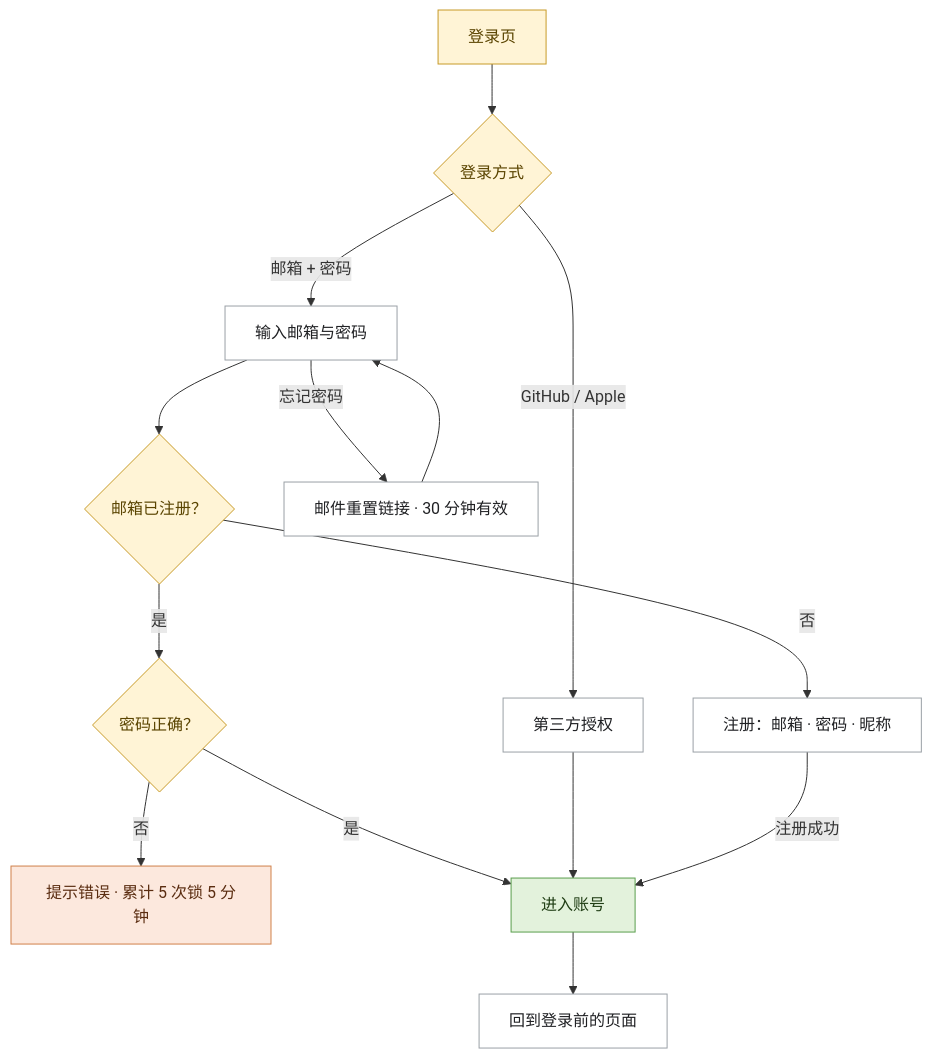
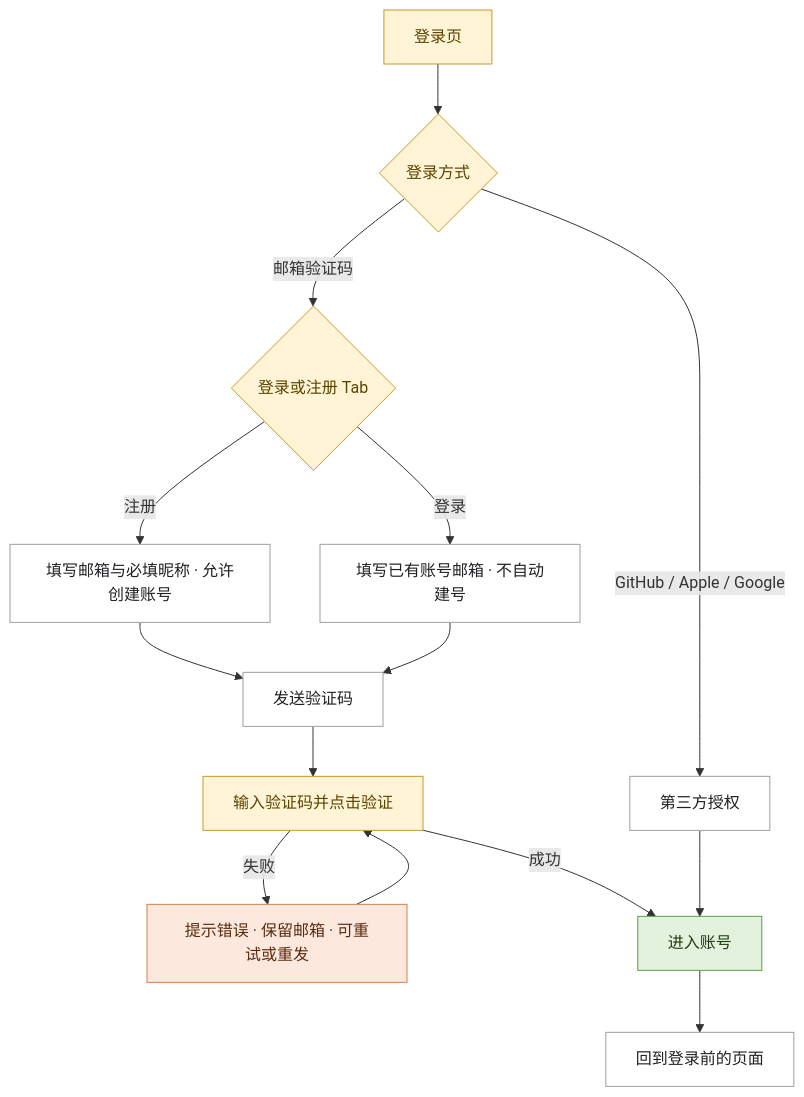
One commit to sd5913/The-Aliien-Repo changed the fifth of 5 diagrams in docs/BothPls PRD v1.5.md. Above: the diagram before and after it, drawn with Mermaid. The commit also changed other lines of this file and 6 other files, not shown here.

````diff
--- a/docs/BothPls PRD v1.5.md
+++ b/docs/BothPls PRD v1.5.md
@@ -439,25 +448,25 @@
 ```mermaid
 flowchart TD
     L["登录页"] --> M{"登录方式"}
-    M -->|GitHub / Apple| A["第三方授权"]
-    M -->|邮箱 + 密码| B["输入邮箱与密码"]
-    B --> C{"邮箱已注册？"}
-    C -->|否| D["注册：邮箱 · 密码 · 昵称"]
-    C -->|是| E{"密码正确？"}
-    E -->|否| F["提示错误 · 累计 5 次锁 5 分钟"]
-    E -->|是| OK["进入账号"]
+    M -->|GitHub / Apple / Google| A["第三方授权"]
+    M -->|邮箱验证码| C{"登录或注册 Tab"}
+    C -->|注册| D["填写邮箱与必填昵称 · 允许创建账号"]
+    C -->|登录| B["填写已有账号邮箱 · 不自动建号"]
+    D --> S["发送验证码"]
+    B --> S
+    S --> E["输入验证码并点击验证"]
+    E -->|失败| F["提示错误 · 保留邮箱 · 可重试或重发"]
+    F --> E
+    E -->|成功| OK["进入账号"]
     A --> OK
-    D -->|注册成功| OK
-    B -->|忘记密码| PR["邮件重置链接 · 30 分钟有效"]
-    PR --> B
     OK --> R["回到登录前的页面"]
     classDef page fill:#FFFFFF,stroke:#9AA0A6,color:#202124
     classDef gate fill:#FFF4D6,stroke:#C79A28,color:#5A4400
     classDef auth fill:#DCEBFF,stroke:#3D7BD6,color:#10386B
     classDef warn fill:#FCE8DD,stroke:#D0814A,color:#5A2C10
     classDef ok fill:#E3F2DC,stroke:#5B9E4D,color:#1F3D14
     class L,M,C,E gate
-    class A,B,D,PR,R page
+    class A,B,D,S,R page
     class F warn
     class OK ok
 ```
````
